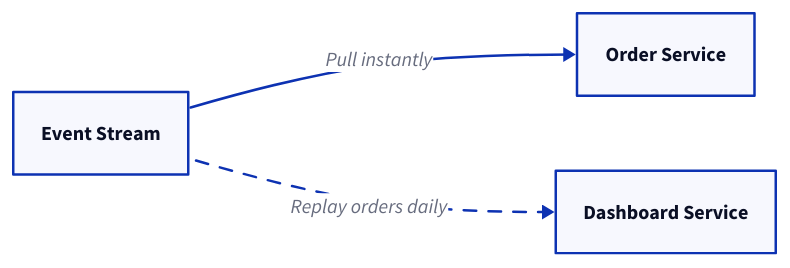
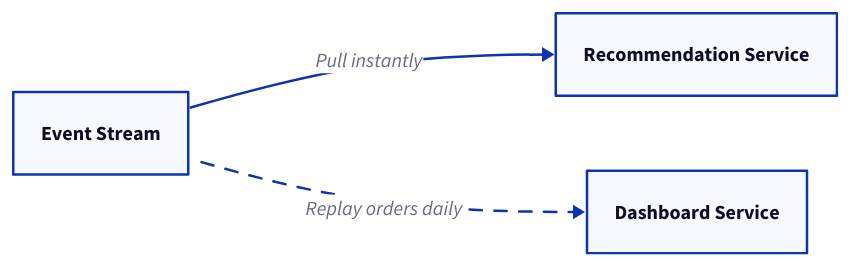
The third of 11 diagrams in content/docs/design-patterns/distributed-job-patterns.md (link1905/system-design-101), drawn with D2 before and after one commit. The commit also changed other lines of this file and 12 other files, not shown here.

````diff
--- a/content/docs/design-patterns/distributed-job-patterns.md
+++ b/content/docs/design-patterns/distributed-job-patterns.md
@@ -106,16 +106,20 @@
 ```d2
 direction: right
-o: Order Service {
-    class: server
+
+o: Recommendation Service {
+  class: server
 }
+
 d: Dashboard Service {
-    class: server
+  class: server
 }
+
 e: Event Stream {
-    class: mq
+  class: mq
 }
+
 o <- e: Pull instantly
 d <- e: Replay orders daily {
-    style.animated: true
+  style.animated: true
 }
 ```
````
